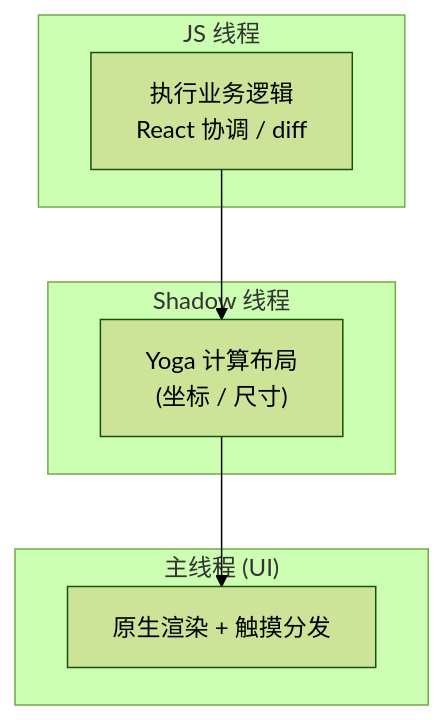
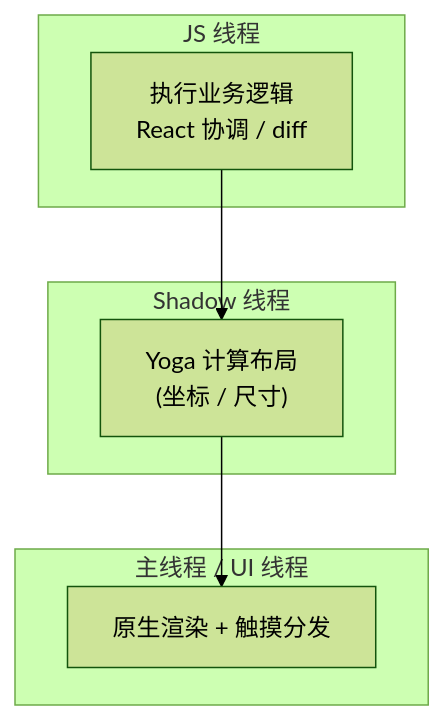
The second of 2 diagrams in docs/React/React_Native/架构与运行原理.md (yjla/devbook), drawn with Mermaid (forest theme) before and after one commit. The commit also changed other lines of this file, not shown here.

Commit message:
docs(react-native): 统一「主线程/UI 线程」术语,消除歧义

````diff
--- a/docs/React/React_Native/架构与运行原理.md
+++ b/docs/React/React_Native/架构与运行原理.md
@@ -65,13 +65,13 @@
 ```mermaid
 flowchart TB
   subgraph "JS 线程"
     A["执行业务逻辑<br/>React 协调 / diff"]
   end
   subgraph "Shadow 线程"
     B["Yoga 计算布局<br/>(坐标 / 尺寸)"]
   end
-  subgraph "主线程 (UI)"
+  subgraph "主线程 / UI 线程"
     C["原生渲染 + 触摸分发"]
   end
   A --> B --> C
 ```
````
